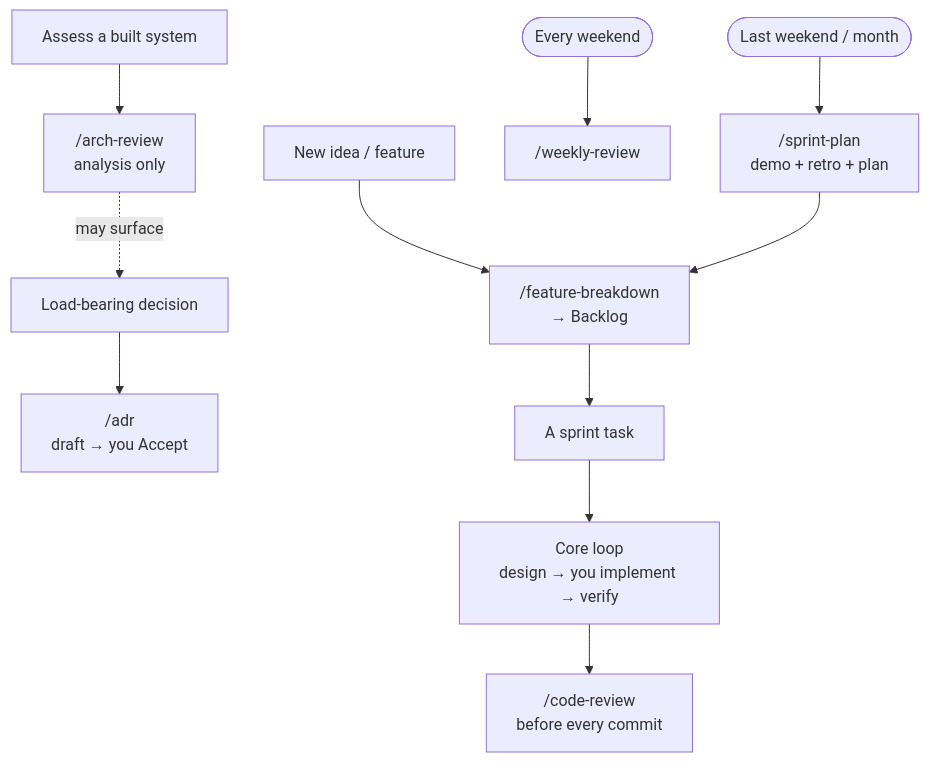
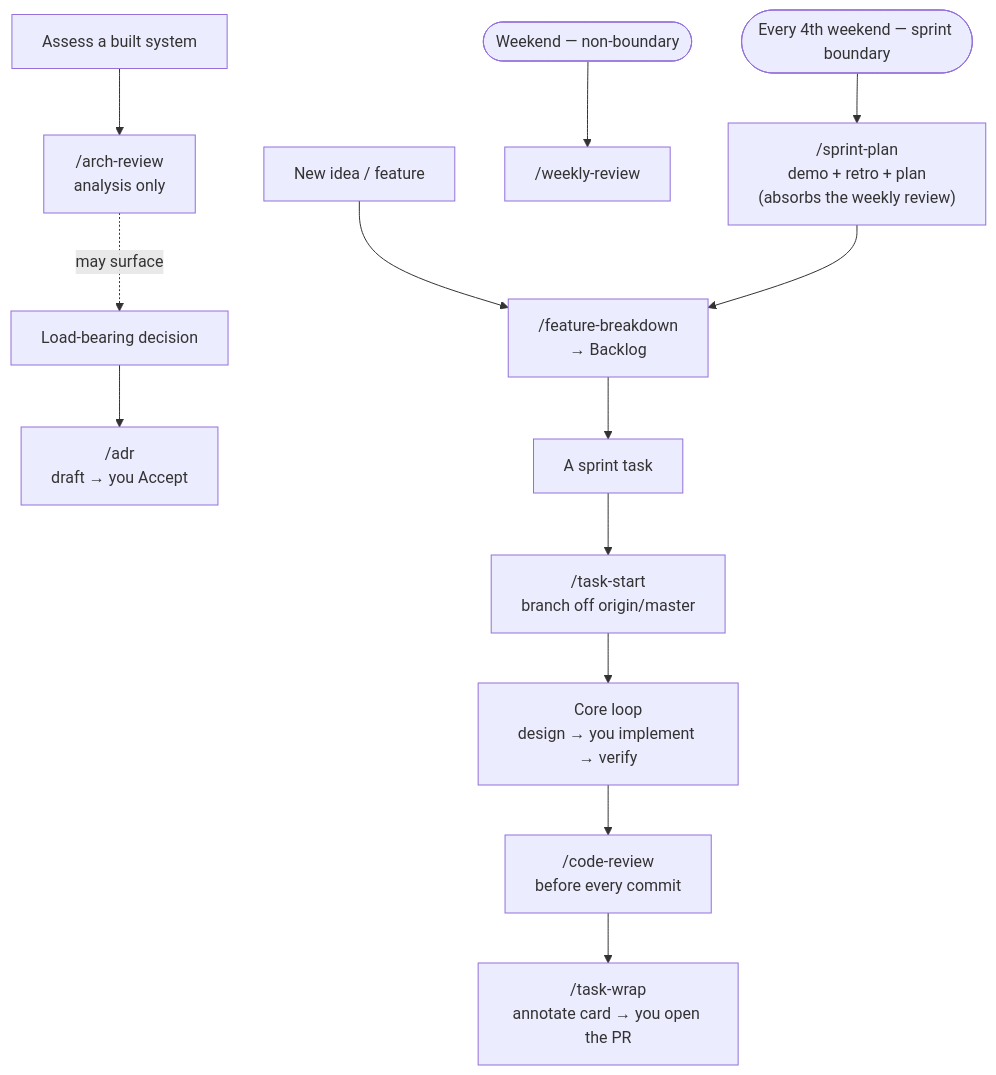
One commit to techattackteam/TechEngine changed the diagram in docs/08 AI/Working with Claude — Operating Guide.md. Above: the diagram before and after it, drawn with Mermaid. The commit also changed other lines of this file and 23 other files, not shown here.

````diff
--- a/docs/08 AI/Working with Claude — Operating Guide.md
+++ b/docs/08 AI/Working with Claude — Operating Guide.md
@@ -86,13 +89,15 @@
 ```mermaid
 flowchart TD
   IDEA["New idea / feature"] --> FB["/feature-breakdown<br/>→ Backlog"]
   DEC["Load-bearing decision"] --> ADR["/adr<br/>draft → you Accept"]
   SYS["Assess a built system"] --> AR["/arch-review<br/>analysis only"]
   AR -. may surface .-> DEC
   FB --> TASK["A sprint task"]
-  TASK --> LOOP["Core loop<br/>design → you implement → verify"]
+  TASK --> TS["/task-start<br/>branch off origin/master"]
+  TS --> LOOP["Core loop<br/>design → you implement → verify"]
   LOOP --> CR["/code-review<br/>before every commit"]
-  SUN(["Every weekend"]) --> WR["/weekly-review"]
-  LSUN(["Last weekend / month"]) --> SP["/sprint-plan<br/>demo + retro + plan"]
+  CR --> TW["/task-wrap<br/>annotate card → you open the PR"]
+  SUN(["Weekend — non-boundary"]) --> WR["/weekly-review"]
+  LSUN(["Every 4th weekend — sprint boundary"]) --> SP["/sprint-plan<br/>demo + retro + plan<br/>(absorbs the weekly review)"]
   SP --> FB
 ```
````
